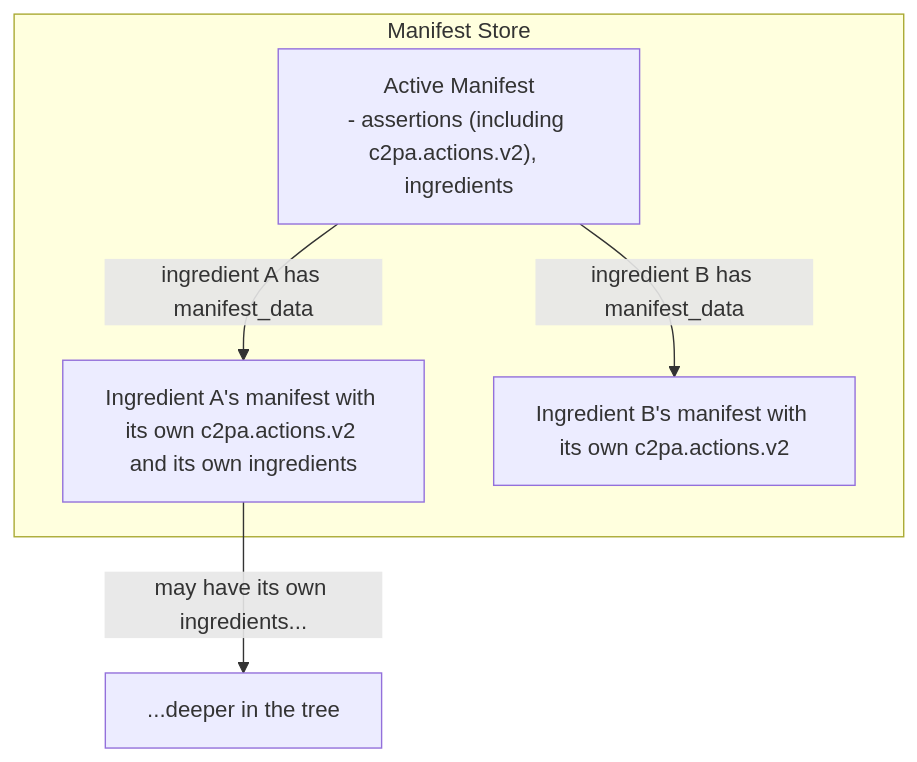
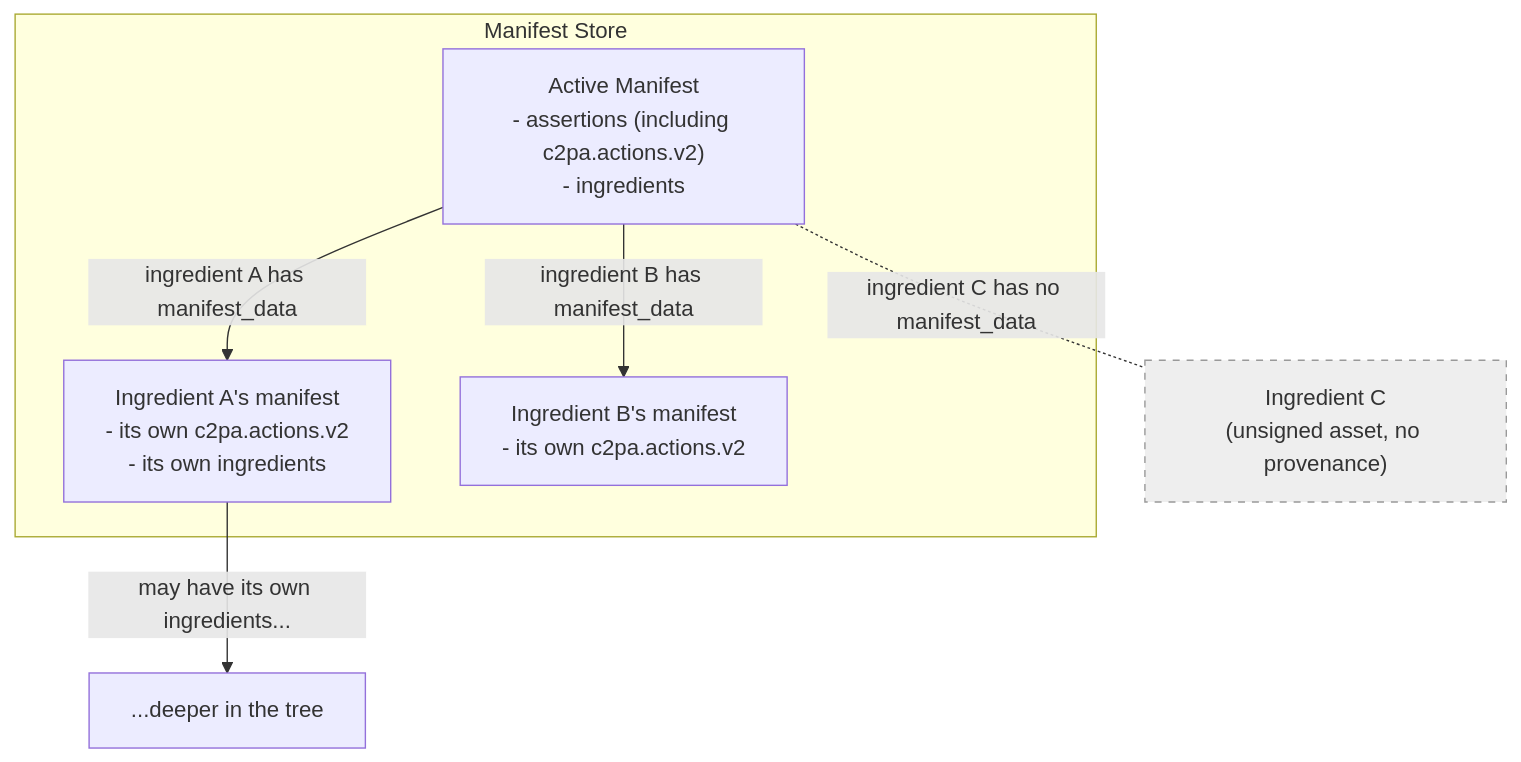
One commit to contentauth/c2pa-c changed the fifth of 9 diagrams in docs/selective-manifests.md. Above: the diagram before and after it, drawn with Mermaid. The commit also changed other lines of this file and 1 other file, not shown here.

````diff
--- a/docs/selective-manifests.md
+++ b/docs/selective-manifests.md
@@ -780,11 +780,14 @@
 ```mermaid
 flowchart TD
     subgraph Store["Manifest Store"]
-        M1["Active Manifest\n- assertions (including c2pa.actions.v2),  ingredients"]
-        M2["Ingredient A's manifest with its own c2pa.actions.v2 and its own ingredients"]
-        M3["Ingredient B's manifest with its own c2pa.actions.v2"]
+        M1["Active Manifest\n- assertions (including c2pa.actions.v2)\n- ingredients"]
+        M2["Ingredient A's manifest\n- its own c2pa.actions.v2\n- its own ingredients"]
+        M3["Ingredient B's manifest\n- its own c2pa.actions.v2"]
     end
     M1 -->|"ingredient A has manifest_data"| M2
     M1 -->|"ingredient B has manifest_data"| M3
+    M1 -.-|"ingredient C has no manifest_data"| M5["Ingredient C\n(unsigned asset, no provenance)"]
     M2 -->|"may have its own ingredients..."| M4["...deeper in the tree"]
+
+    style M5 fill:#eee,stroke:#999,stroke-dasharray: 5 5
 ```
````
